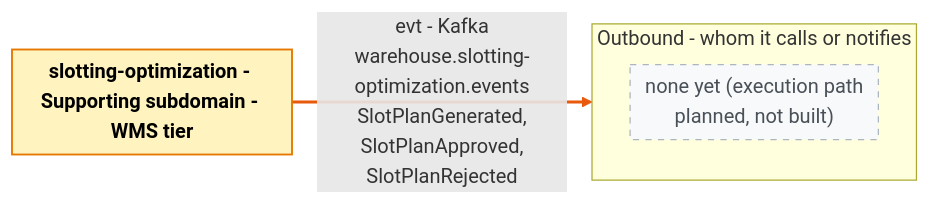
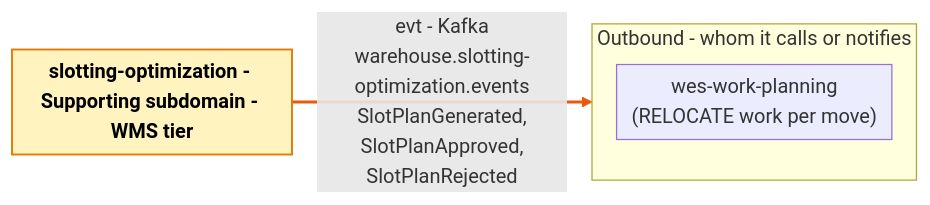
One commit to IQVO/slotting-optimization changed the second of 4 diagrams in docs/docs/ddd/bounded-context-canvas.md. Above: the diagram before and after it, drawn with Mermaid. The commit also changed other lines of this file and 30 other files, not shown here.

````diff
--- a/docs/docs/ddd/bounded-context-canvas.md
+++ b/docs/docs/ddd/bounded-context-canvas.md
@@ -70,18 +70,18 @@
 ```mermaid
 %%{init: {"flowchart": {"nodeSpacing": 14, "rankSpacing": 40, "padding": 6}}}%%
 flowchart LR
     classDef bc fill:#fff3bf,stroke:#e67700,stroke-width:1.5px,color:#000
     classDef card fill:#fff9db,stroke:#f08c00,color:#000,text-align:left
     classDef ctx fill:#e7f5ff,stroke:#1c7ed6,color:#000
     classDef actor fill:#fff4e6,stroke:#e8590c,color:#000
     classDef ext fill:#ffe3e3,stroke:#c92a2a,color:#000
     classDef self fill:#f1f3f5,stroke:#868e96,color:#000
     classDef none fill:#f8f9fa,stroke:#adb5bd,stroke-dasharray:5 5,color:#495057
     BC["<b>slotting-optimization - Supporting subdomain - WMS tier</b>"]:::bc
     subgraph OUT["Outbound - whom it calls or notifies"]
         direction TB
-        out0["none yet (execution path<br/>planned, not built)"]:::none
+        out0["wes-work-planning<br/>(RELOCATE work per move)"]
     end
     BC ==>|"evt - Kafka<br/>warehouse.slotting-optimization.events<br/>SlotPlanGenerated,<br/>SlotPlanApproved,<br/>SlotPlanRejected"| out0
     linkStyle 0 stroke:#e8590c,stroke-width:2.5px
 ```
````
